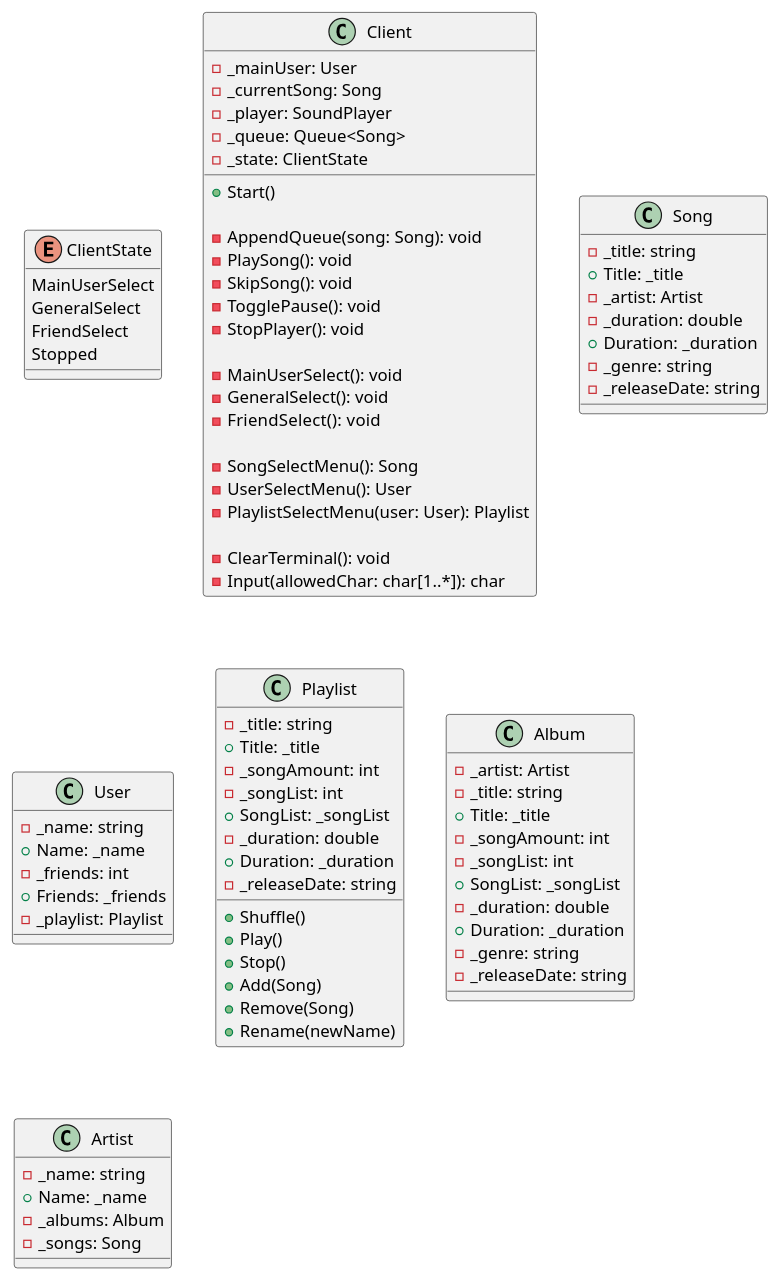
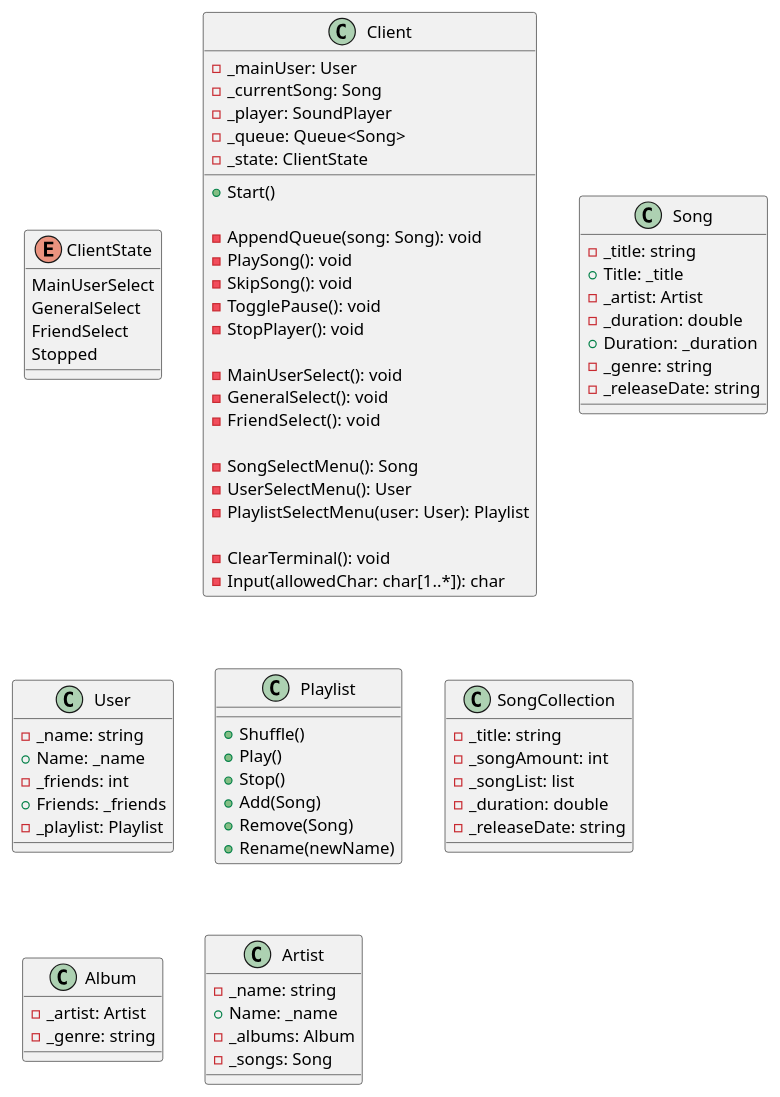
One commit to A-A-Tel/media-player changed the diagram in class-diagram.puml. Above: the diagram before and after it, drawn with PlantUML.

Commit message:
class toegevoegd "SongCollection" waar playlist en album vanaf kunne baseren.

```diff
--- a/class-diagram.puml
+++ b/class-diagram.puml
@@ -1,97 +1,88 @@
 @startuml
 
 enum ClientState {
     MainUserSelect
     GeneralSelect
     FriendSelect
     Stopped
 }
 
 class Client {
     - _mainUser: User
     - _currentSong: Song
     - _player: SoundPlayer
     - _queue: Queue<Song>
     - _state: ClientState
     
     + Start()
     
     ' commands
     - AppendQueue(song: Song): void
     - PlaySong(): void
     - SkipSong(): void
     - TogglePause(): void
     - StopPlayer(): void
     
     ' state
     - MainUserSelect(): void
     - GeneralSelect(): void
     - FriendSelect():  void
     
     ' menus
     - SongSelectMenu(): Song
     - UserSelectMenu(): User
     - PlaylistSelectMenu(user: User): Playlist
     
     ' helpers
     - ClearTerminal(): void
     - Input(allowedChar: char[1..*]): char
 }
 
 class Song {
     - _title: string
     + Title: _title
     - _artist: Artist
     - _duration: double
     + Duration: _duration
     - _genre: string
     - _releaseDate: string
 }
 
 class User {
     - _name: string
     + Name: _name
     - _friends: int
     + Friends: _friends
     - _playlist: Playlist
 }
 
 class Playlist {
-    - _title: string
-    + Title: _title
-    - _songAmount: int
-    - _songList: int
-    + SongList: _songList
-    - _duration: double
-    + Duration: _duration
-    - _releaseDate: string
     + Shuffle()
     + Play()
     + Stop()
     + Add(Song)
     + Remove(Song)
     + Rename(newName)
-    
+}
+
+class SongCollection {
+    - _title: string
+    - _songAmount: int
+    - _songList: list
+    - _duration: double
+    - _releaseDate: string
 }
 
 class Album {
     - _artist: Artist
-    - _title: string
-    + Title: _title
-    - _songAmount: int
-    - _songList: int
-    + SongList: _songList
-    - _duration: double
-    + Duration: _duration
     - _genre: string
-    - _releaseDate: string
-} 
+}
 
 class Artist {
     - _name: string
     + Name: _name
     - _albums: Album
     - _songs: Song
 }
 
 @enduml
```
